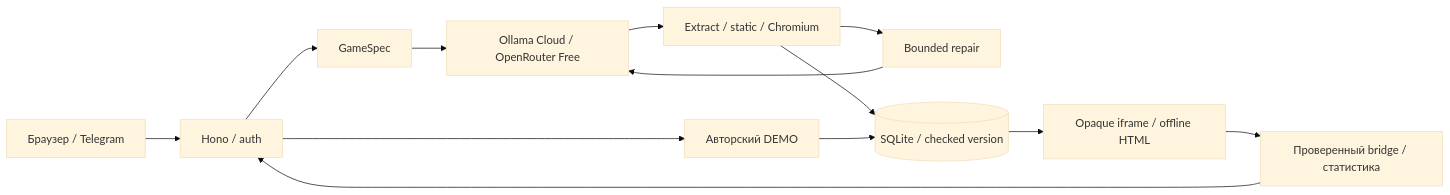
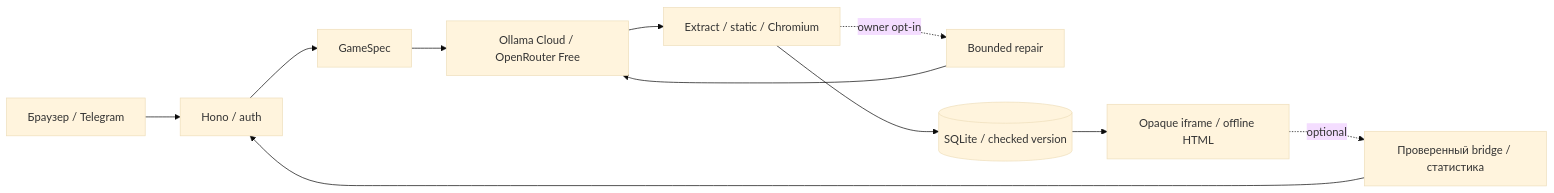
The diagram in docs/architecture.md (Sashido01/YAPLIX), drawn with Mermaid (base theme) before and after one commit. The commit also changed other lines of this file and 8 other files, not shown here.

````diff
--- a/docs/architecture.md
+++ b/docs/architecture.md
@@ -7,15 +7,13 @@
 ```mermaid
 flowchart LR
   UI[Браузер / Telegram] --> API[Hono / auth]
   API --> Spec[GameSpec]
   Spec --> LLM[Ollama Cloud / OpenRouter Free]
   LLM --> Check[Extract / static / Chromium]
-  Check --> Repair[Bounded repair]
+  Check -. owner opt-in .-> Repair[Bounded repair]
   Repair --> LLM
   Check --> DB[(SQLite / checked version)]
-  API --> Demo[Авторский DEMO]
-  Demo --> DB
   DB --> Game[Opaque iframe / offline HTML]
-  Game --> Events[Проверенный bridge / статистика]
+  Game -. optional .-> Events[Проверенный bridge / статистика]
   Events --> API
 ```
````
